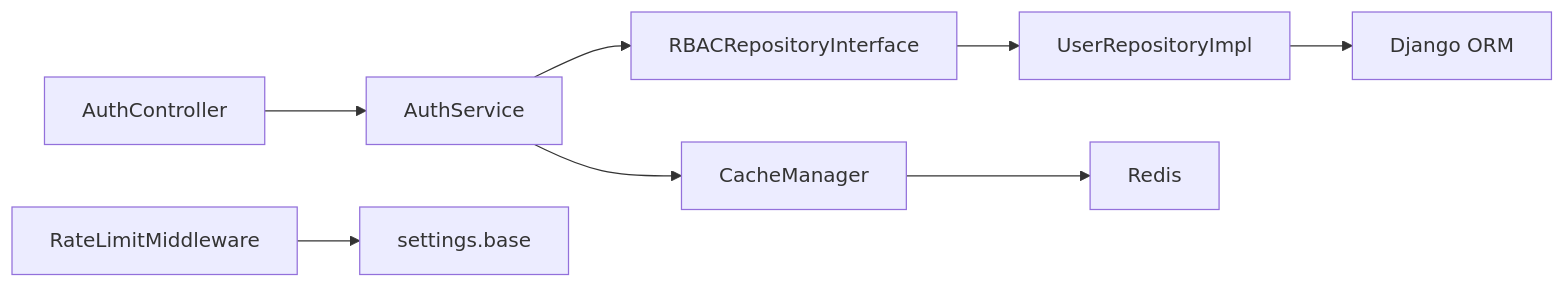
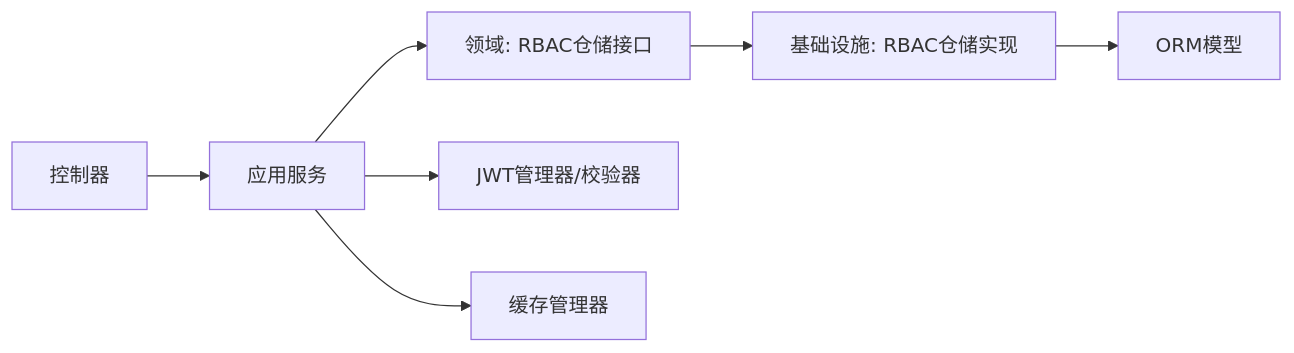
Before and after one commit to taoweidong/Hello-Django-Ninja-Api: the third of 3 diagrams in .qoder/repowiki/zh/content/架构设计/架构设计.md, drawn with Mermaid. The commit also changed other lines of this file and 106 other files, not shown here.

````diff
--- a/.qoder/repowiki/zh/content/架构设计/架构设计.md
+++ b/.qoder/repowiki/zh/content/架构设计/架构设计.md
@@ -354,10 +207,9 @@
 ```mermaid
 graph LR
-Ctrl["AuthController"] --> Svc["AuthService"]
-Svc --> IFace["RBACRepositoryInterface"]
-IFace --> Impl["UserRepositoryImpl"]
-Impl --> ORM["Django ORM"]
-Svc --> Cache["CacheManager"]
-Cache --> Redis["Redis"]
-MW["RateLimitMiddleware"] --> Settings["settings.base"]
+Ctrl["控制器"] --> Svc["应用服务"]
+Svc --> IF_RBAC["领域: RBAC仓储接口"]
+IF_RBAC --> IMPL_RBAC["基础设施: RBAC仓储实现"]
+IMPL_RBAC --> MODELS["ORM模型"]
+Svc --> JWT["JWT管理器/校验器"]
+Svc --> CACHE["缓存管理器"]
 ```
````
